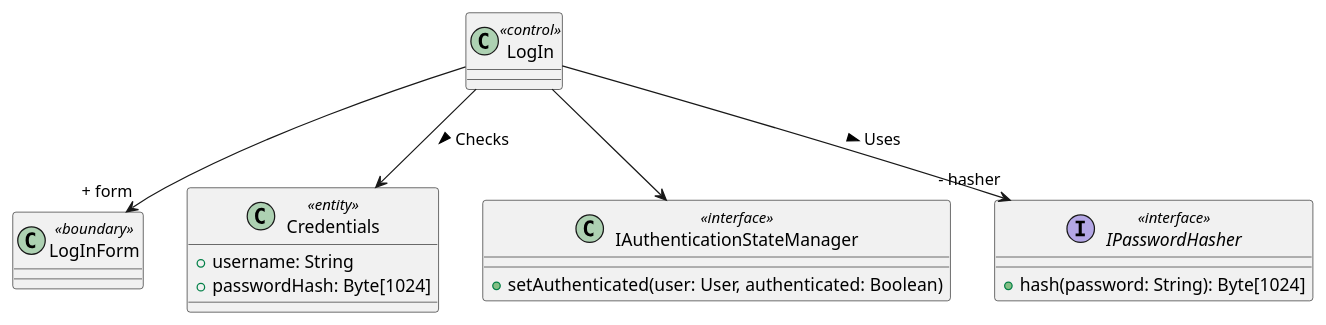
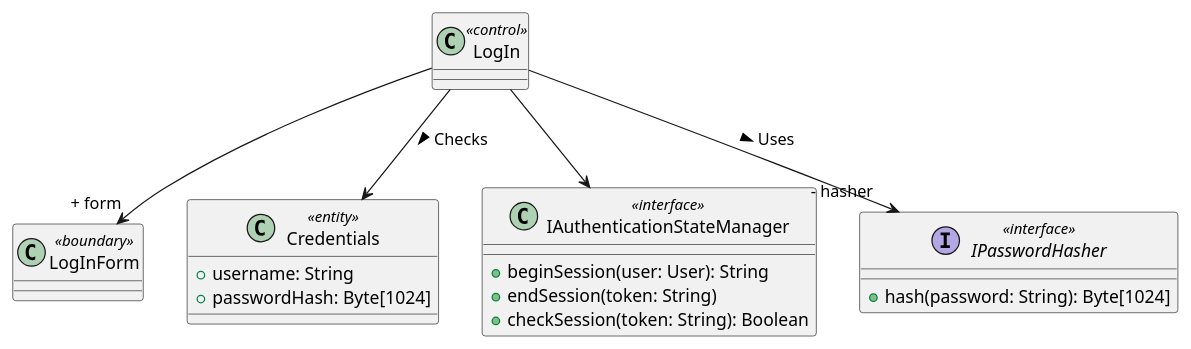
Before and after one commit to bmb0136/COMP-3700-Project: the second of 2 diagrams in Use Cases/LogIn.iuml, drawn with PlantUML.

Commit message:
change Iasm interface

```diff
--- a/Use Cases/LogIn.iuml
+++ b/Use Cases/LogIn.iuml
@@ -28,18 +28,20 @@
 @startuml Log In Object Model
 class LogIn <<control>> {}
 class LogInForm <<boundary>> {}
 class Credentials <<entity>> {
   + username: String
   + passwordHash: Byte[1024]
 }
 class IAuthenticationStateManager <<interface>> {
-  + setAuthenticated(user: User, authenticated: Boolean)
+  + beginSession(user: User): String
+  + endSession(token: String)
+  + checkSession(token: String): Boolean
 }
 interface IPasswordHasher <<interface>> {
   + hash(password: String): Byte[1024]
 }
 LogIn --> "+ form" LogInForm
 LogIn --> Credentials : Checks >
 LogIn --> "- hasher" IPasswordHasher : Uses >
 LogIn --> IAuthenticationStateManager
 @enduml
```
